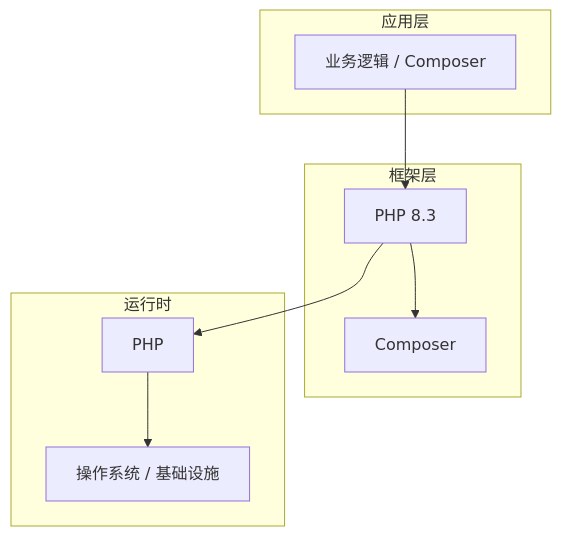
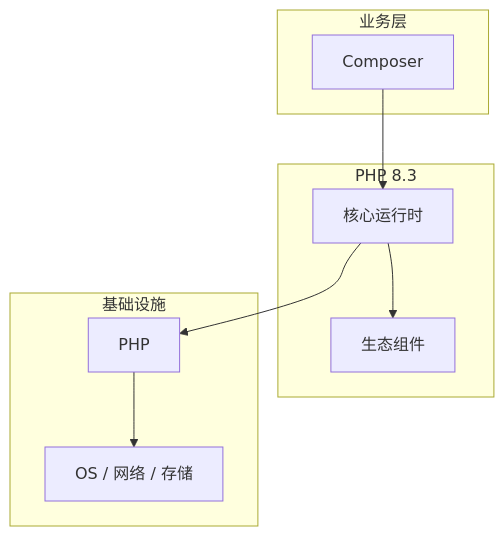
Before and after one commit to yanggan2015/knowledge-json-v2: the diagram in articles/PHP/chapters/056-Composer核心概念与原理.md, drawn with Mermaid. The commit also changed other lines of this file and 10127 other files, not shown here.

````diff
--- a/articles/PHP/chapters/056-Composer核心概念与原理.md
+++ b/articles/PHP/chapters/056-Composer核心概念与原理.md
@@ -45,18 +34,18 @@
 ```mermaid
 graph TB
-    subgraph 应用层
-        A[业务逻辑 / Composer]
+    subgraph 业务层
+        A[Composer]
     end
-    subgraph 框架层
-        B[PHP 8.3]
-        C[Composer]
+    subgraph PHP 8.3
+        B[核心运行时]
+        C[生态组件]
     end
-    subgraph 运行时
+    subgraph 基础设施
         D[PHP]
-        E[操作系统 / 基础设施]
+        E[OS / 网络 / 存储]
     end
     A --> B
     B --> C
     B --> D
     D --> E
 ```
````
